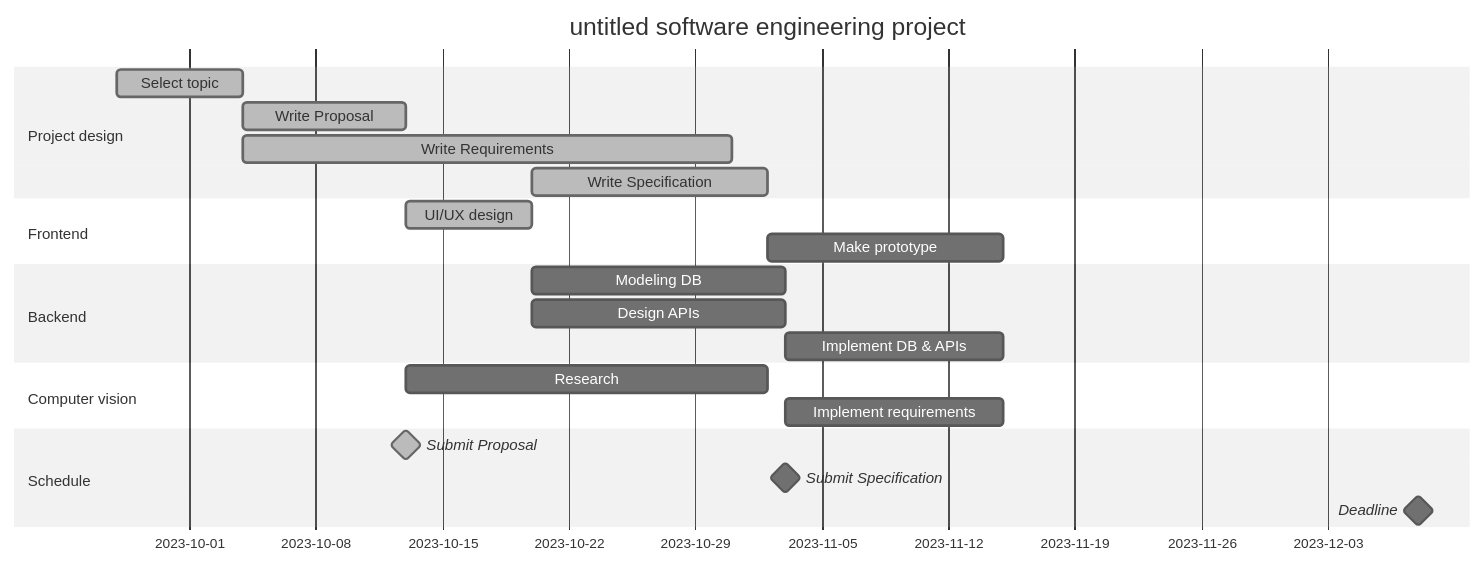
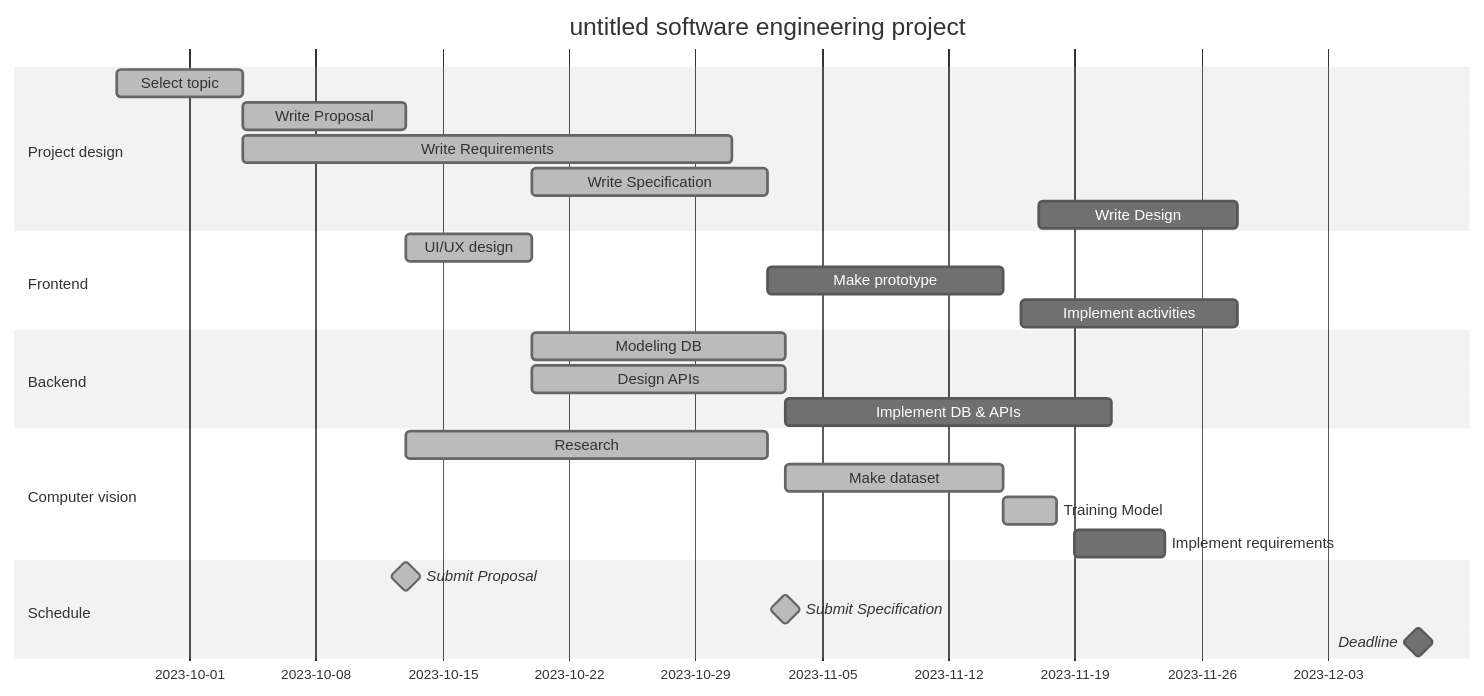
One commit to se-tmp/.github changed the diagram in profile/README.md. Above: the diagram before and after it, drawn with Mermaid (neutral theme).

````diff
--- a/profile/README.md
+++ b/profile/README.md
@@ -7,29 +7,33 @@
 ```mermaid
 gantt
     title untitled software engineering project
     dateFormat  YYYY-MM-DD
 
     section Project design
         Select topic            :done,                2023-09-27, 2023-10-04
         Write Proposal          :done,                2023-10-04, 2023-10-13
         Write Requirements      :done,                2023-10-04, 2023-10-31
         Write Specification     :done,                2023-10-20, 2023-11-02
+        Write Design            :                     2023-11-17, 2023-11-28
 
     section Frontend
         UI/UX design            :done,                2023-10-13, 2023-10-20
         Make prototype          :                     2023-11-02, 2023-11-15
+        Implement activities    :                     2023-11-16, 2023-11-28
         
     section Backend
-        Modeling DB             :                     2023-10-20, 2023-11-03    
-        Design APIs             :                     2023-10-20, 2023-11-03
-        Implement DB & APIs     :                     2023-11-03, 2023-11-15
+        Modeling DB             :done,                2023-10-20, 2023-11-03    
+        Design APIs             :done,                2023-10-20, 2023-11-03
+        Implement DB & APIs     :                     2023-11-03, 2023-11-21
 
     section Computer vision
-        Research                :                     2023-10-13, 2023-11-02
-        Implement requirements  :                     2023-11-03, 2023-11-15
+        Research                :done,                2023-10-13, 2023-11-02
+        Make dataset            :done,                2023-11-03, 2023-11-15
+        Training Model          :done,                2023-11-15, 2023-11-18
+        Implement requirements  :                     2023-11-19, 2023-11-24
 
     section Schedule
         Submit Proposal         :milestone, done,     2023-10-13, 2023-10-13
-        Submit Specification    :milestone,           2023-11-03, 2023-11-03
+        Submit Specification    :milestone, done,     2023-11-03, 2023-11-03
         Deadline                :milestone,           2023-12-08, 2023-12-08
 ```
````
